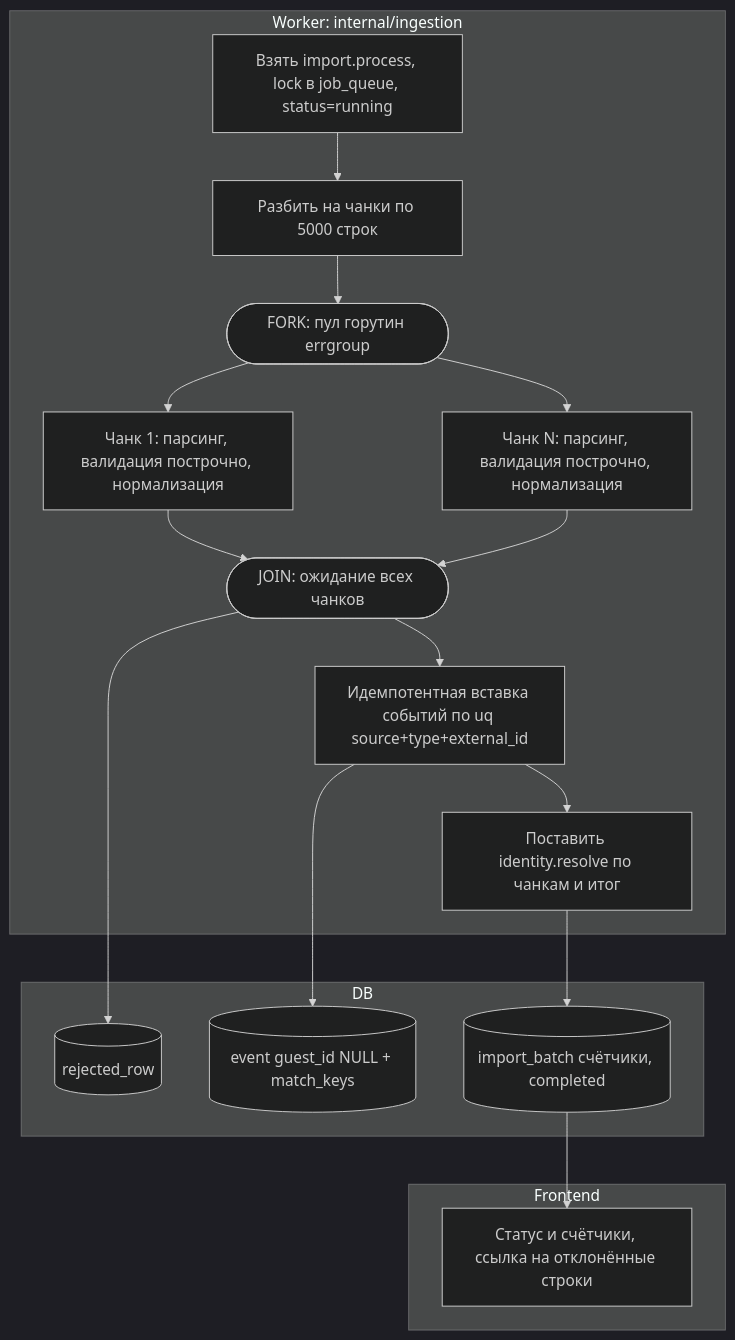
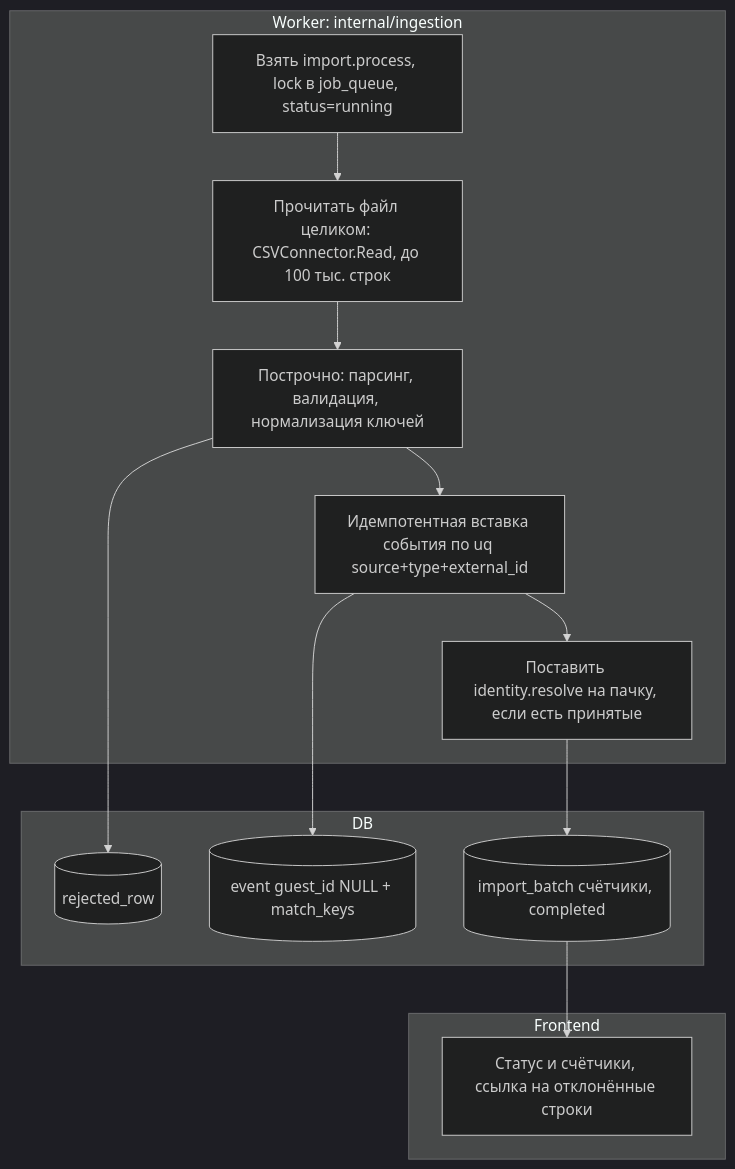
Before and after one commit to MangriMen/UCRP: the second of 6 diagrams in docs/design/08-activity-diagrams.md, drawn with Mermaid (dark theme). The commit also changed other lines of this file and 195 other files, not shown here.

````diff
--- a/docs/design/08-activity-diagrams.md
+++ b/docs/design/08-activity-diagrams.md
@@ -41,30 +41,23 @@
 ```mermaid
 flowchart TB
   subgraph FE["Frontend"]
     F1["Статус и счётчики, ссылка на отклонённые строки"]
   end
   subgraph WK["Worker: internal/ingestion"]
     W1["Взять import.process, lock в job_queue, status=running"]
-    W2["Разбить на чанки по 5000 строк"]
-    FORK(["FORK: пул горутин errgroup"])
-    W3["Чанк 1: парсинг, валидация построчно, нормализация"]
-    W4["Чанк N: парсинг, валидация построчно, нормализация"]
-    JOIN(["JOIN: ожидание всех чанков"])
-    W5["Идемпотентная вставка событий по uq source+type+external_id"]
-    W6["Поставить identity.resolve по чанкам и итог"]
+    W2["Прочитать файл целиком: CSVConnector.Read, до 100 тыс. строк"]
+    W3["Построчно: парсинг, валидация, нормализация ключей"]
+    W5["Идемпотентная вставка события по uq source+type+external_id"]
+    W6["Поставить identity.resolve на пачку, если есть принятые"]
   end
   subgraph DB["DB"]
     D1[("rejected_row")]
     D2[("event guest_id NULL + match_keys")]
     D3[("import_batch счётчики, completed")]
   end
-  W1 --> W2 --> FORK
-  FORK --> W3
-  FORK --> W4
-  W3 --> JOIN
-  W4 --> JOIN
-  JOIN --> D1
-  JOIN --> W5 --> D2
+  W1 --> W2 --> W3
+  W3 --> D1
+  W3 --> W5 --> D2
   W5 --> W6 --> D3
   D3 --> F1
 ```
````
